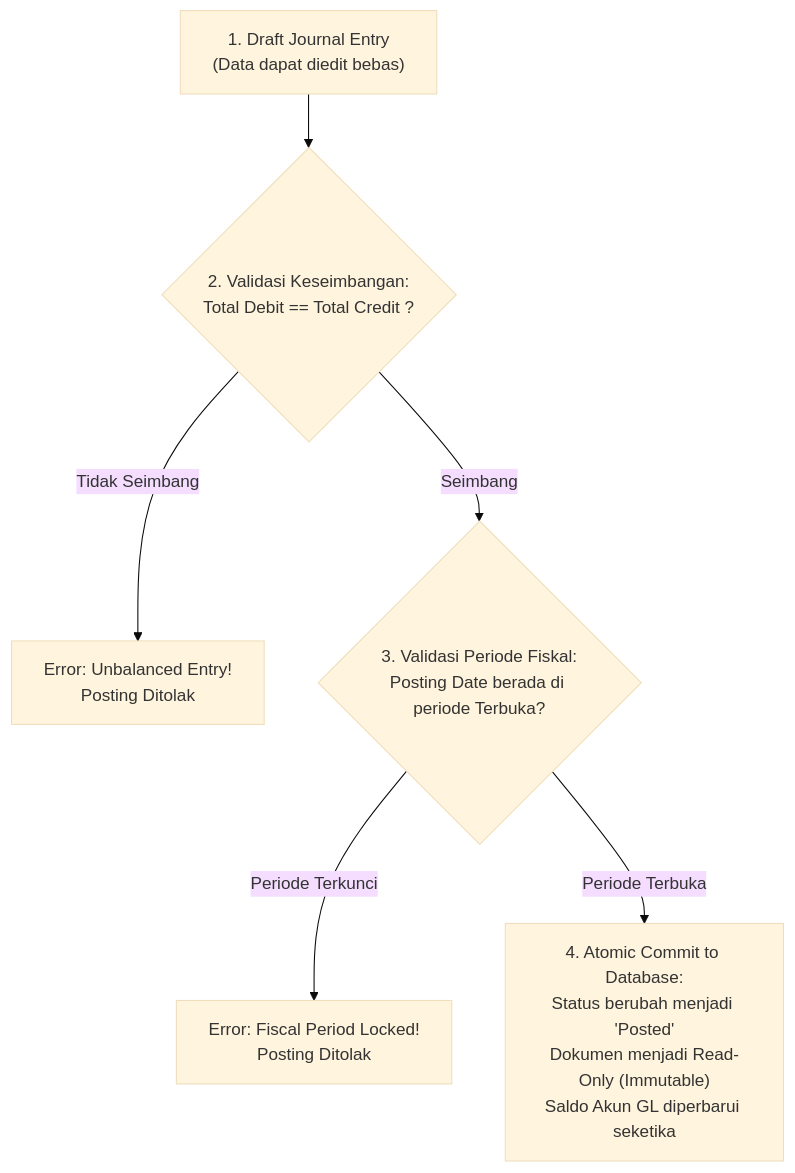
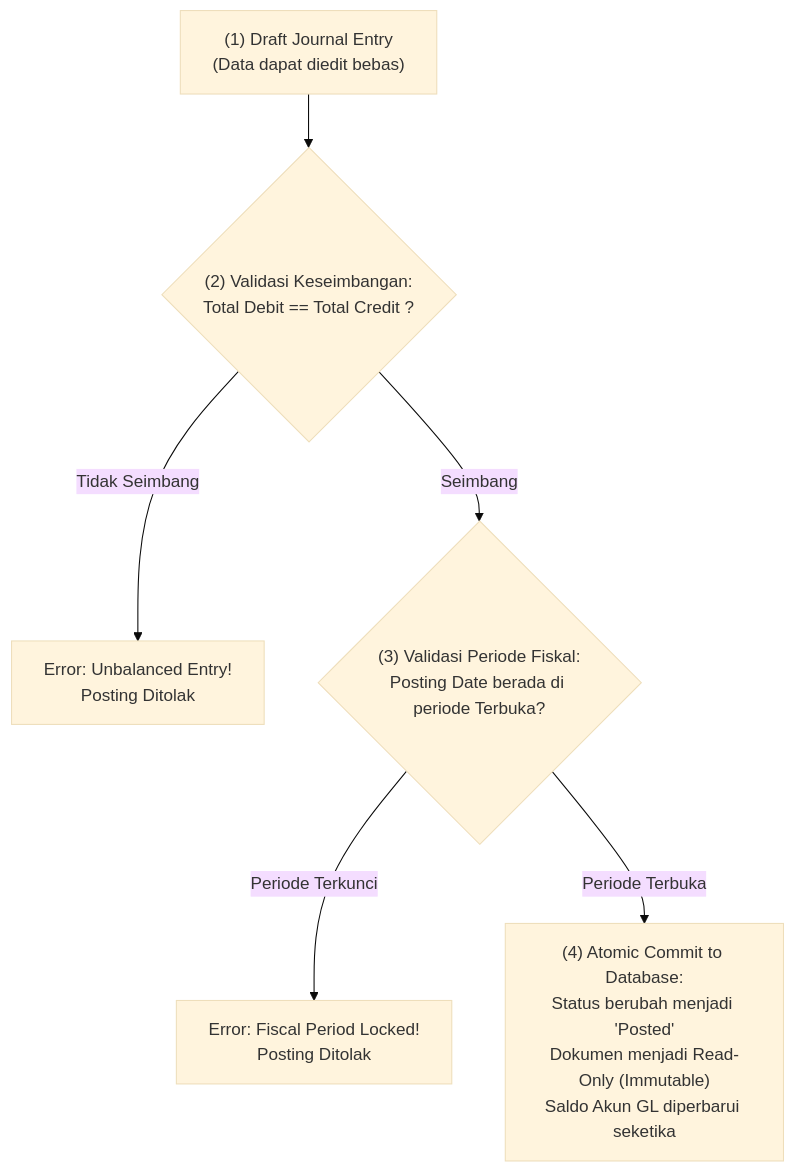
One commit to alimurrofid/erp-notes changed the second of 2 diagrams in content/02-accounting/journal-entry.md. Above: the diagram before and after it, drawn with Mermaid (base theme). The commit also changed 132 other files, not shown here.

````diff
--- a/content/02-accounting/journal-entry.md
+++ b/content/02-accounting/journal-entry.md
@@ -70,9 +70,9 @@
 ```mermaid
 flowchart TD
-    Draft["1. Draft Journal Entry<br/>(Data dapat diedit bebas)"]
-    --> ValBalance{"2. Validasi Keseimbangan:<br/>Total Debit == Total Credit ?"}
+    Draft["(1) Draft Journal Entry<br/>(Data dapat diedit bebas)"]
+    --> ValBalance{"(2) Validasi Keseimbangan:<br/>Total Debit == Total Credit ?"}
     ValBalance -->|Tidak Seimbang| ErrBal["Error: Unbalanced Entry!<br/>Posting Ditolak"]
-    ValBalance -->|Seimbang| ValPeriod{"3. Validasi Periode Fiskal:<br/>Posting Date berada di periode Terbuka?"}
+    ValBalance -->|Seimbang| ValPeriod{"(3) Validasi Periode Fiskal:<br/>Posting Date berada di periode Terbuka?"}
     ValPeriod -->|Periode Terkunci| ErrPer["Error: Fiscal Period Locked!<br/>Posting Ditolak"]
-    ValPeriod -->|Periode Terbuka| Commit["4. Atomic Commit to Database:<br/>Status berubah menjadi 'Posted'<br/>Dokumen menjadi Read-Only (Immutable)<br/>Saldo Akun GL diperbarui seketika"]
+    ValPeriod -->|Periode Terbuka| Commit["(4) Atomic Commit to Database:<br/>Status berubah menjadi 'Posted'<br/>Dokumen menjadi Read-Only (Immutable)<br/>Saldo Akun GL diperbarui seketika"]
 ```
````
